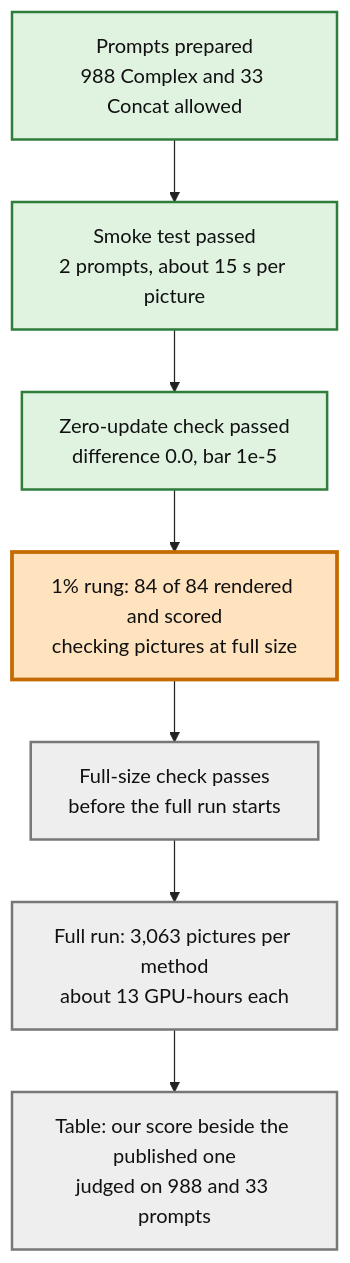
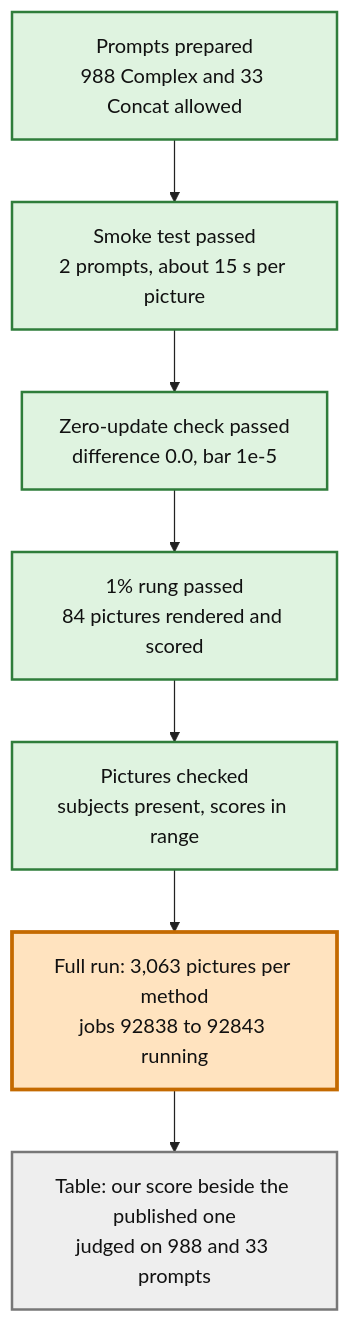
One commit to mo-rsa24/concept-composition changed the diagram in artifacts/notes/progress/reproductions/RTD/where-the-rtd-run-stands.mmd. Above: the diagram before and after it, drawn with Mermaid. The commit also changed 2 other files, not shown here.

Commit message:
Reproductions: RTD review through the 1% rung, full runs launched

```diff
--- a/artifacts/notes/progress/reproductions/RTD/where-the-rtd-run-stands.mmd
+++ b/artifacts/notes/progress/reproductions/RTD/where-the-rtd-run-stands.mmd
@@ -1,13 +1,13 @@
 %%{init: {'theme': 'base', 'themeVariables': {'fontFamily': 'monospace', 'primaryColor': '#ffffff', 'primaryBorderColor': '#222222', 'primaryTextColor': '#111111', 'lineColor': '#222222'}}}%%
 flowchart TD
   A["Prompts prepared<br/>988 Complex and 33 Concat allowed"]:::done
   B["Smoke test passed<br/>2 prompts, about 15 s per picture"]:::done
   C["Zero-update check passed<br/>difference 0.0, bar 1e-5"]:::done
-  D["1% rung: 84 of 84 rendered and scored<br/>checking pictures at full size"]:::doing
-  E["Full-size check passes<br/>before the full run starts"]:::todo
-  F["Full run: 3,063 pictures per method<br/>about 13 GPU-hours each"]:::todo
+  D["1% rung passed<br/>84 pictures rendered and scored"]:::done
+  E["Pictures checked<br/>subjects present, scores in range"]:::done
+  F["Full run: 3,063 pictures per method<br/>jobs 92838 to 92843 running"]:::doing
   G["Table: our score beside the published one<br/>judged on 988 and 33 prompts"]:::todo
   A --> B --> C --> D --> E --> F --> G
   classDef done fill:#dff3e0,stroke:#2f7d3b,stroke-width:2px,color:#111111
   classDef doing fill:#ffe3bf,stroke:#c46a00,stroke-width:3px,color:#111111
   classDef todo fill:#eeeeee,stroke:#777777,stroke-width:2px,color:#111111
```
